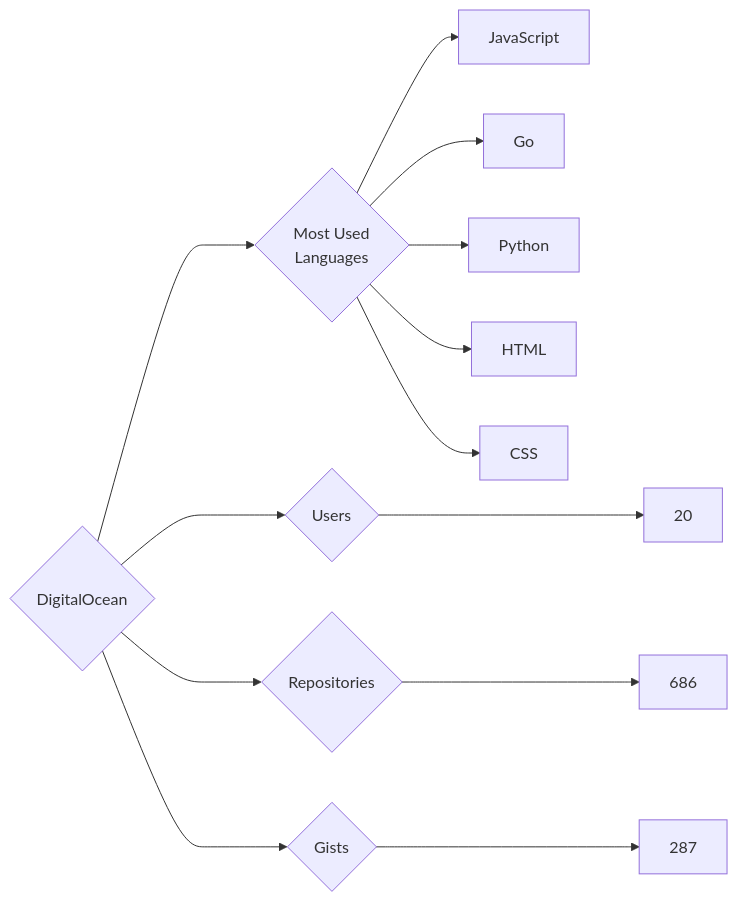
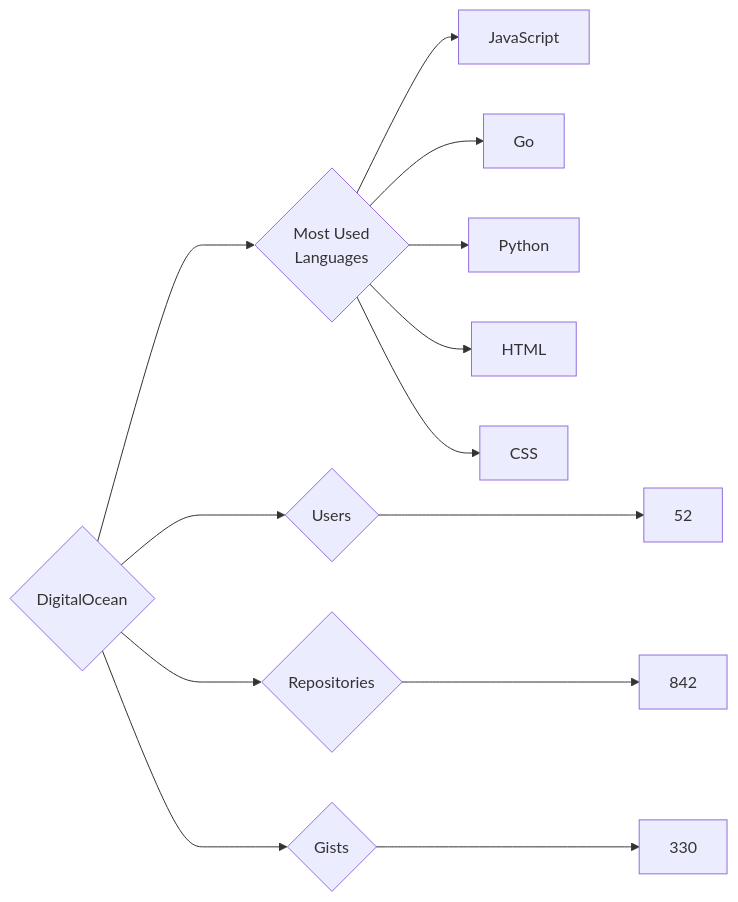
Before and after one commit to trickest/insiders: the diagram in targets/DigitalOcean/README.md, drawn with Mermaid. The commit also changed 786 other files, not shown here.

````diff
--- a/targets/DigitalOcean/README.md
+++ b/targets/DigitalOcean/README.md
@@ -3,13 +3,13 @@
 ```mermaid
 graph LR
 COMPANY_NAME{DigitalOcean}
-COMPANY_NAME ---> U{Users} ---> UN[20]
-COMPANY_NAME ---> R{Repositories} ---> RN[686]
-COMPANY_NAME ---> G{Gists} ---> GN[287]
+COMPANY_NAME ---> U{Users} ---> UN[52]
+COMPANY_NAME ---> R{Repositories} ---> RN[842]
+COMPANY_NAME ---> G{Gists} ---> GN[330]
 COMPANY_NAME ---> ML{Most Used<br>Languages}
 ML --> JavaScript[JavaScript]
 ML --> Go[Go]
 ML --> Python[Python]
 ML --> HTML[HTML]
 ML --> CSS[CSS]
 ```
````
